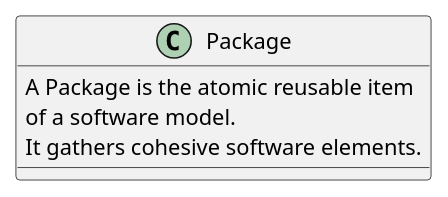
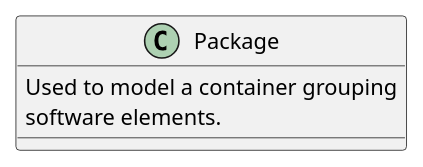
One commit to HomeMadeBots/Embedded_Software_Meta_Model changed the diagram in Meta-Classes/Package.puml. Above: the diagram before and after it, drawn with PlantUML. The commit also changed 17 other files, not shown here.

```diff
--- a/Meta-Classes/Package.puml
+++ b/Meta-Classes/Package.puml
@@ -1,10 +1,9 @@
 @startuml
 
 class Package
 {
-  A Package is the atomic reusable item
-  of a software model.
-  It gathers cohesive software elements.
+  Used to model a container grouping
+  software elements.
 }
 
 @enduml
```
